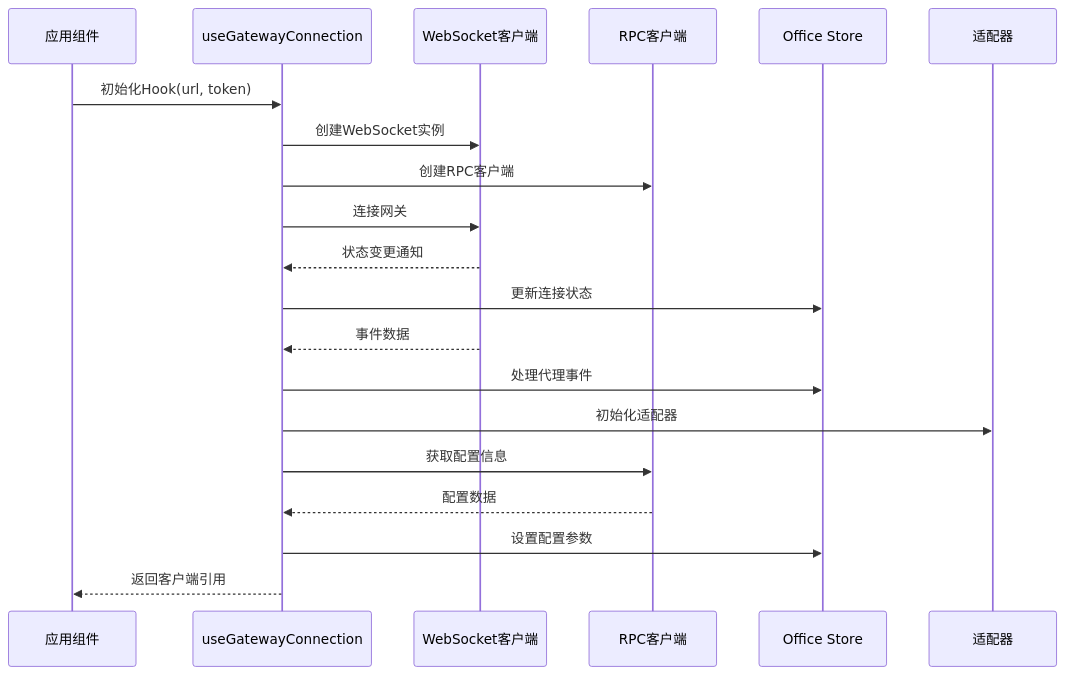
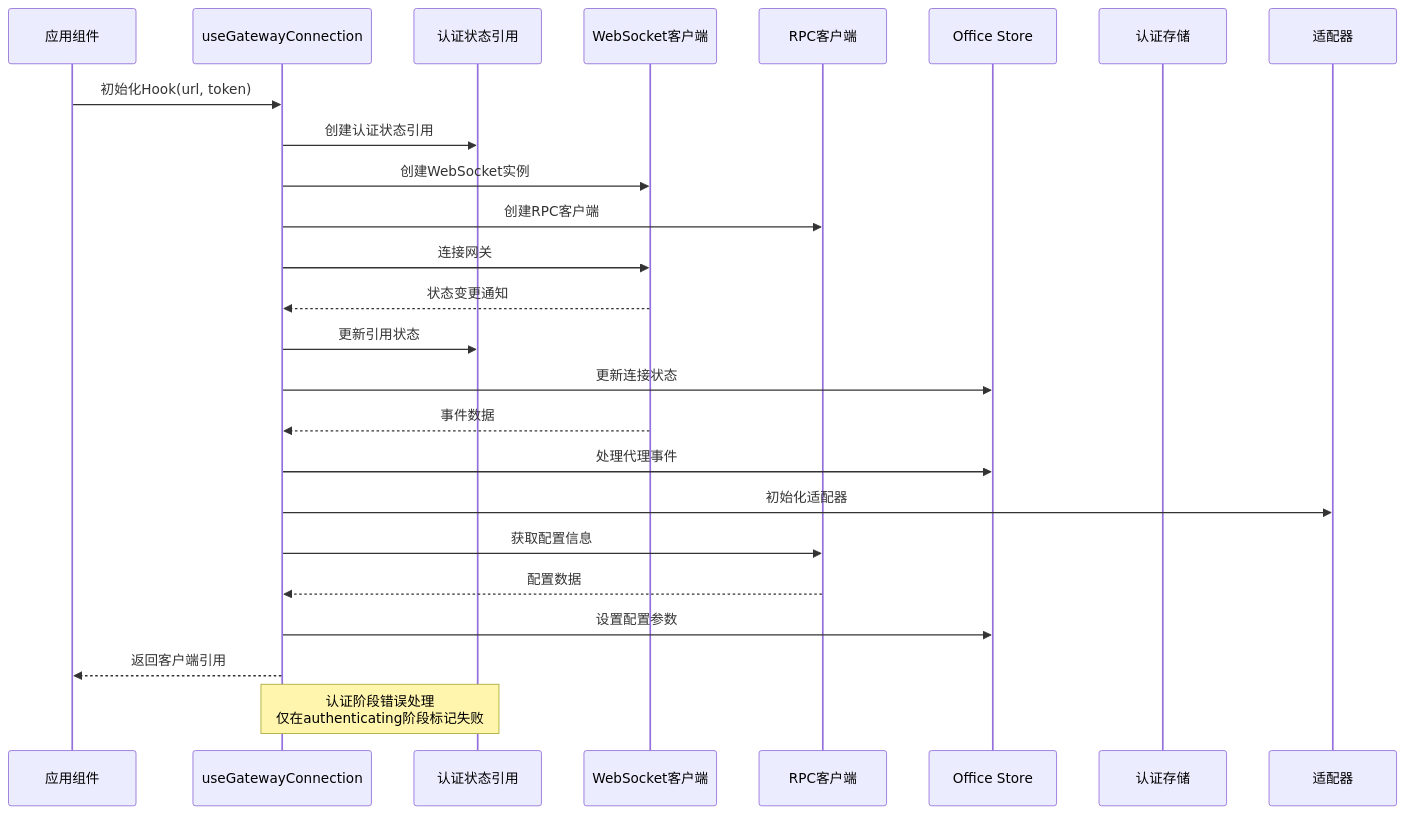
The second of 11 diagrams in .qoder/repowiki/zh/content/自定义Hooks/网关连接管理Hook.md (WW-AI-Lab/openclaw-office), drawn with Mermaid before and after one commit. The commit also changed other lines of this file and 9 other files, not shown here.

````diff
--- a/.qoder/repowiki/zh/content/自定义Hooks/网关连接管理Hook.md
+++ b/.qoder/repowiki/zh/content/自定义Hooks/网关连接管理Hook.md
@@ -113,22 +139,27 @@
 ```mermaid
 sequenceDiagram
 participant App as 应用组件
 participant Hook as useGatewayConnection
+participant AuthRef as 认证状态引用
 participant WS as WebSocket客户端
 participant RPC as RPC客户端
 participant Store as Office Store
+participant AuthStore as 认证存储
 participant Adapter as 适配器
 App->>Hook : 初始化Hook(url, token)
+Hook->>AuthRef : 创建认证状态引用
 Hook->>WS : 创建WebSocket实例
 Hook->>RPC : 创建RPC客户端
 Hook->>WS : 连接网关
 WS-->>Hook : 状态变更通知
+Hook->>AuthRef : 更新引用状态
 Hook->>Store : 更新连接状态
 WS-->>Hook : 事件数据
 Hook->>Store : 处理代理事件
 Hook->>Adapter : 初始化适配器
 Hook->>RPC : 获取配置信息
 RPC-->>Hook : 配置数据
 Hook->>Store : 设置配置参数
 Hook-->>App : 返回客户端引用
+Note over Hook,AuthRef : 认证阶段错误处理<br/>仅在authenticating阶段标记失败
 ```
````
